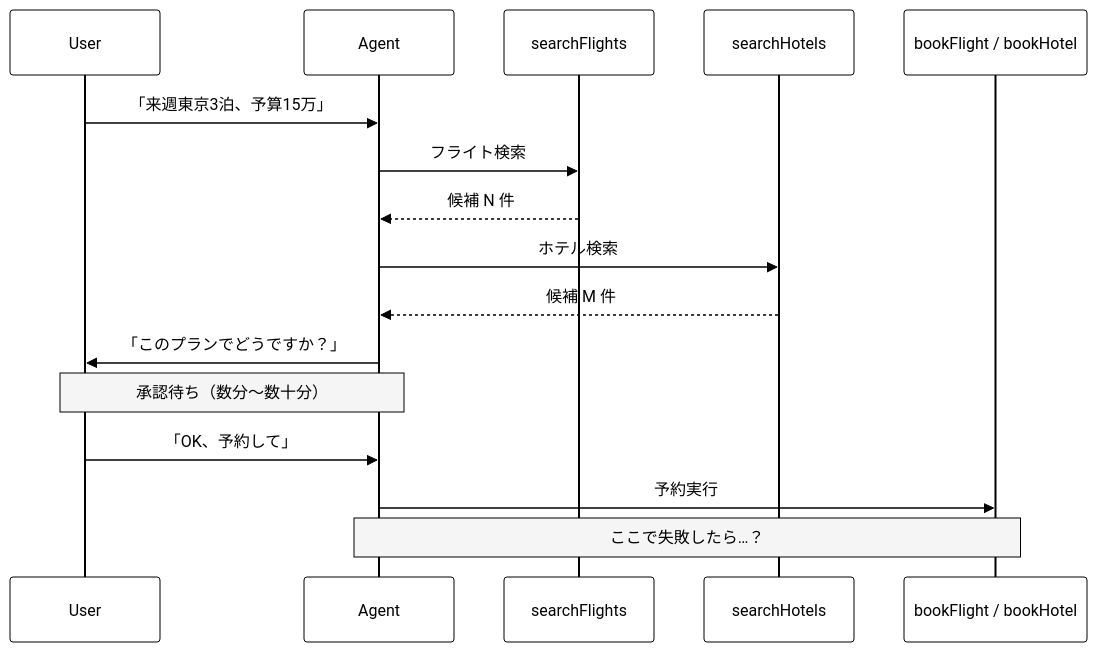
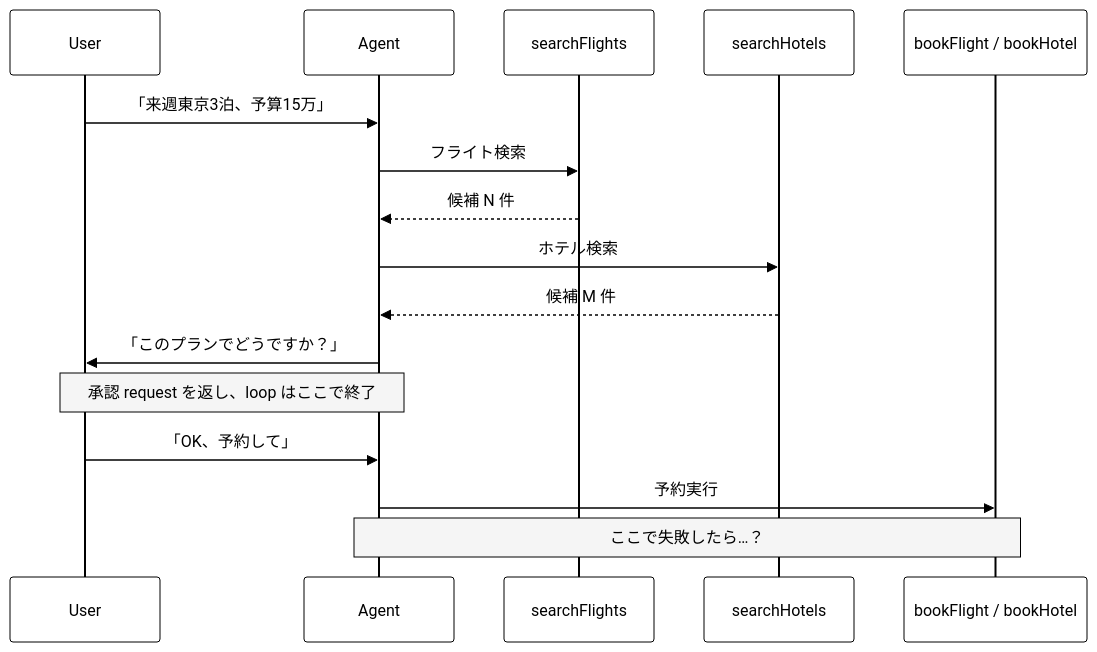
Before and after one commit to tuboihirokidesu/lt_slide_aisdk-v7-workflow-agent: the first of 2 diagrams in slides.md, drawn with Mermaid. The commit also changed other lines of this file, not shown here.

````diff
--- a/slides.md
+++ b/slides.md
@@ -212,20 +212,20 @@
 ```mermaid {scale: 0.45}
 %%{init: {'theme':'base','themeVariables':{'background':'#FFFFFF','primaryColor':'#FFFFFF','primaryTextColor':'#000000','primaryBorderColor':'#000000','lineColor':'#000000','textColor':'#000000','actorBkg':'#FFFFFF','actorBorder':'#000000','actorTextColor':'#000000','actorLineColor':'#000000','signalColor':'#000000','signalTextColor':'#000000','labelBoxBkgColor':'#FFFFFF','labelBoxBorderColor':'#000000','labelTextColor':'#000000','noteBkgColor':'#F5F5F5','noteTextColor':'#000000','noteBorderColor':'#000000'}}}%%
 sequenceDiagram
   participant U as User
   participant A as Agent
   participant F as searchFlights
   participant H as searchHotels
   participant B as bookFlight / bookHotel
 
   U->>A: 「来週東京3泊、予算15万」
   A->>F: フライト検索
   F-->>A: 候補 N 件
   A->>H: ホテル検索
   H-->>A: 候補 M 件
   A->>U: 「このプランでどうですか？」
-  Note over U,A: 承認待ち（数分〜数十分）
+  Note over U,A: 承認 request を返し、loop はここで終了
   U->>A: 「OK、予約して」
   A->>B: 予約実行
   Note over A,B: ここで失敗したら…？
 ```
````
